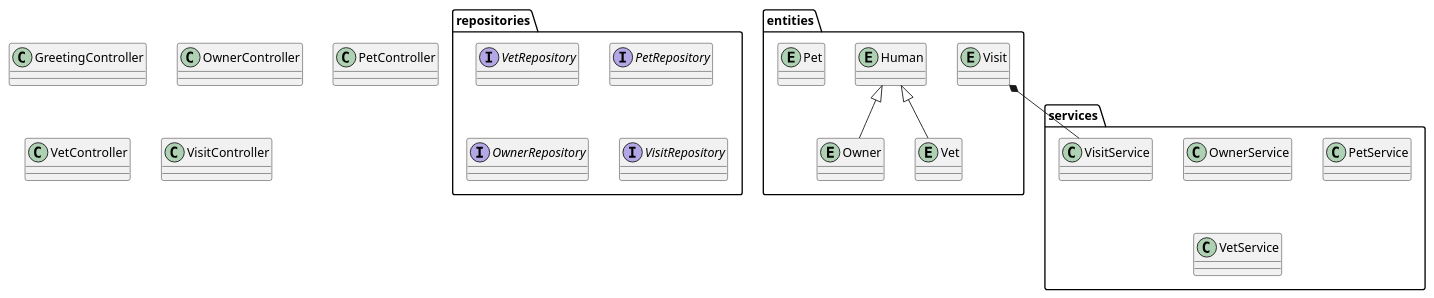
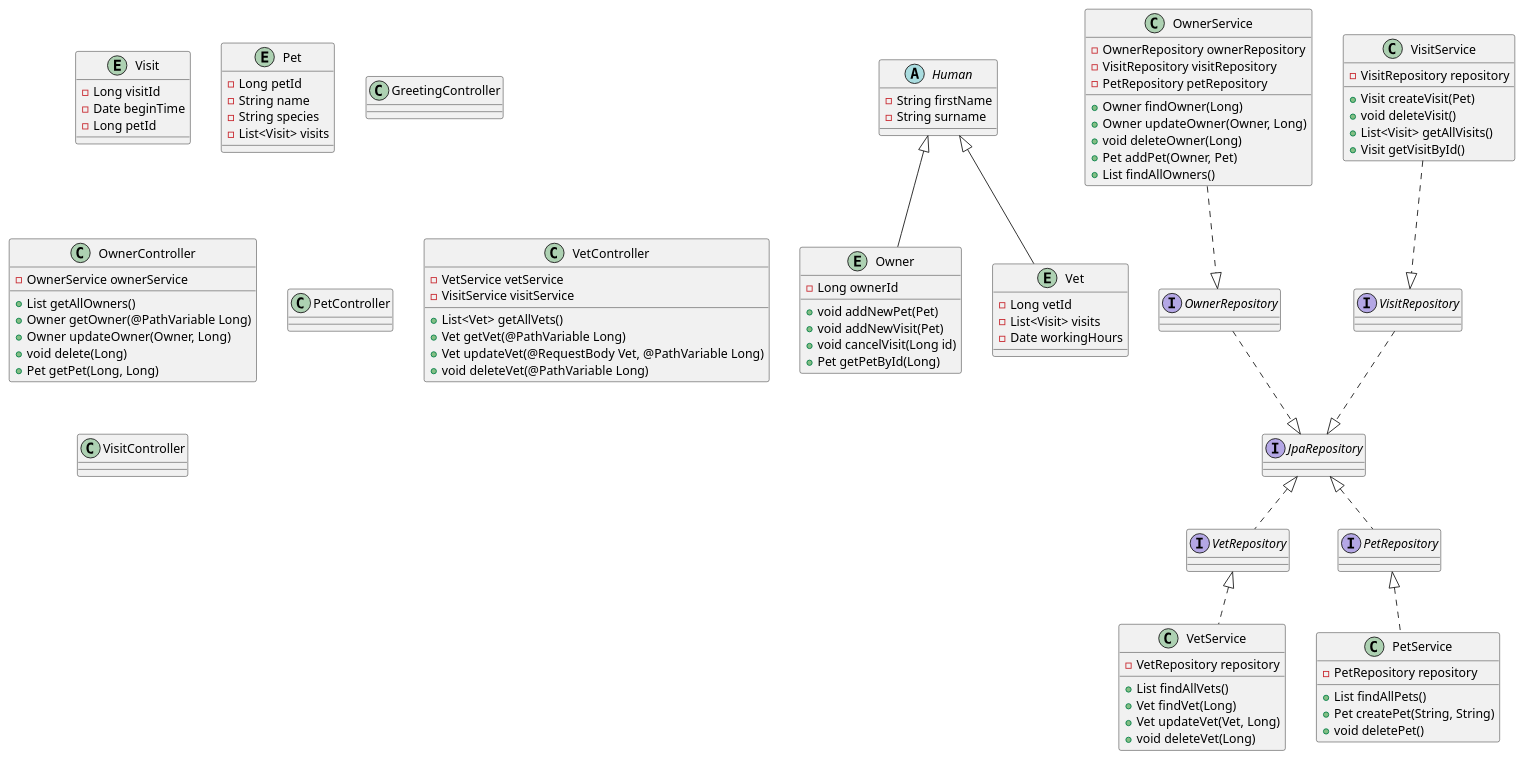
One commit to Serionus/softwareEngineeringPetClinic changed the diagram in petclinic.plantuml. Above: the diagram before and after it, drawn with PlantUML.

Commit message:
Class diagram in plantuml continued

```diff
--- a/petclinic.plantuml
+++ b/petclinic.plantuml
@@ -1,82 +1,117 @@
 @startuml PetClinic
 
 
-package entities <<Folder>> {
+abstract Human{
+    -String firstName
+    -String surname
+}
 
-    entity Human {
+entity Owner extends Human {
+    -Long ownerId
+    +void addNewPet(Pet)
+    +void addNewVisit(Pet)
+    +void cancelVisit(Long id)
+    +Pet getPetById(Long)
+}
 
-    }
+entity Vet extends Human {
+    -Long vetId
+    -List<Visit> visits
+    -Date workingHours
+}
 
-    entity Owner extends Human {
+entity Visit {
+    -Long visitId
+    -Date beginTime
+    -Long petId
+}
 
-    }
-
-    entity Vet extends Human {
-
-    }
-
-    entity Visit {
-
-    }
-
-    entity Pet {
-
-    }
+entity Pet {
+    -Long petId
+    -String name
+    -String species
+    -List<Visit> visits
 }
 
 
-package repositories <<Folder>> {
-    interface VetRepository 
+interface VetRepository 
+interface PetRepository 
+interface OwnerRepository
+interface VisitRepository
+interface JpaRepository
 
-    interface PetRepository 
+JpaRepository <|.. VetRepository
+JpaRepository <|.. PetRepository
+OwnerRepository ..|> JpaRepository
+VisitRepository ..|> JpaRepository
 
-    interface OwnerRepository
+PetRepository <|.. PetService
+VetRepository <|.. VetService
+OwnerService ..|> OwnerRepository
+VisitService ..|> VisitRepository
 
-    interface VisitRepository
+class OwnerService {
+    -OwnerRepository ownerRepository
+    -VisitRepository visitRepository
+    -PetRepository petRepository
+    +Owner findOwner(Long)
+    +Owner updateOwner(Owner, Long)
+    +void deleteOwner(Long)
+    +Pet addPet(Owner, Pet)
+    +List findAllOwners()
 }
 
-package services <<Folder>> {
-    class OwnerService {
-
-    }
-
-    class PetService {
-
-    }
-
-    class VetService {
-
-    }
-
-    class VisitService {
-
-    }
+class PetService {
+    -PetRepository repository
+    +List findAllPets()
+    +Pet createPet(String, String)
+    +void deletePet()
 }
 
- 
+class VetService {
+    -VetRepository repository
+    +List findAllVets()
+    +Vet findVet(Long)
+    +Vet updateVet(Vet, Long)
+    +void deleteVet(Long)
+}
 
-
-Visit *-- VisitService
-
+class VisitService {
+    -VisitRepository repository
+    +Visit createVisit(Pet)
+    +void deleteVisit()
+    +List<Visit> getAllVisits()
+    +Visit getVisitById()
+}
 
 class GreetingController {
 
 }
 
 class OwnerController {
-
+    -OwnerService ownerService
+    +List getAllOwners()
+    +Owner getOwner(@PathVariable Long)
+    +Owner updateOwner(Owner, Long)
+    +void delete(Long)
+    +Pet getPet(Long, Long)
 }
 
 class PetController {
 
 }
 
 class VetController {
-
+    -VetService vetService
+    -VisitService visitService
+    +List<Vet> getAllVets()
+    +Vet getVet(@PathVariable Long)
+    +Vet updateVet(@RequestBody Vet, @PathVariable Long)
+    +void deleteVet(@PathVariable Long)
 }
 
 class VisitController {
 
 }
 
 @enduml
```
